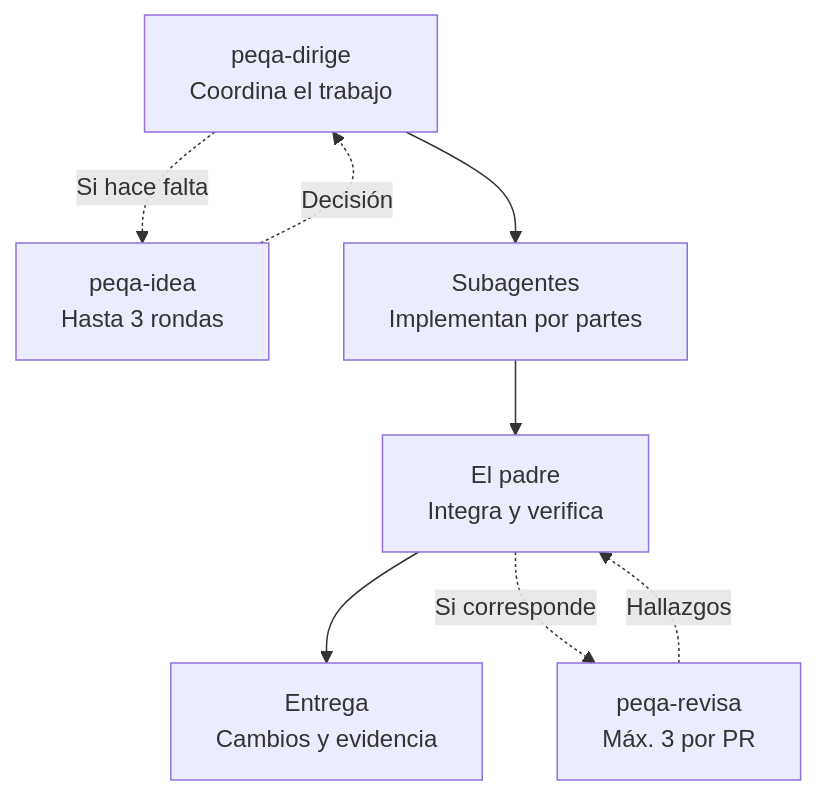
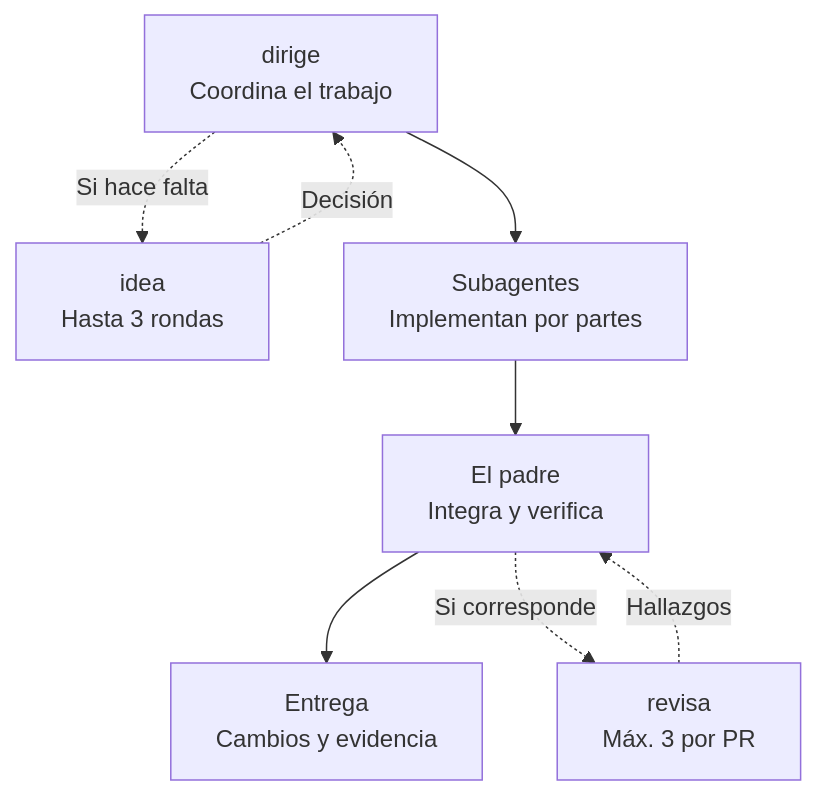
The first of 4 diagrams in README.md (peqa-ai/peqa-workflows), drawn with Mermaid before and after one commit. The commit also changed other lines of this file and 31 other files, not shown here.

````diff
--- a/README.md
+++ b/README.md
@@ -11,18 +11,18 @@
 ```mermaid
 flowchart TD
     accTitle: Coordinación de una implementación con PEQA
-    accDescr: El padre coordina subagentes, integra y verifica su trabajo. Puede consultar peqa-idea para decisiones y peqa-revisa para una revisión independiente. Ambos devuelven sus resultados al padre, que conserva la responsabilidad de entregar.
+    accDescr: El padre coordina subagentes, integra y verifica su trabajo. Puede consultar idea para decisiones y revisa para una revisión independiente. Ambos devuelven sus resultados al padre, que conserva la responsabilidad de entregar.
 
-    dirige["peqa-dirige<br/>Coordina el trabajo"]
-    idea["peqa-idea<br/>Hasta 3 rondas"]
+    dirige["dirige<br/>Coordina el trabajo"]
+    idea["idea<br/>Hasta 3 rondas"]
     agentes["Subagentes<br/>Implementan por partes"]
     padre["El padre<br/>Integra y verifica"]
-    revisa["peqa-revisa<br/>Máx. 3 por PR"]
+    revisa["revisa<br/>Máx. 3 por PR"]
     entrega["Entrega<br/>Cambios y evidencia"]
 
     dirige -. "Si hace falta" .-> idea
     idea -. "Decisión" .-> dirige
     dirige --> agentes --> padre --> entrega
     padre -. "Si corresponde" .-> revisa
     revisa -. "Hallazgos" .-> padre
 ```
````
